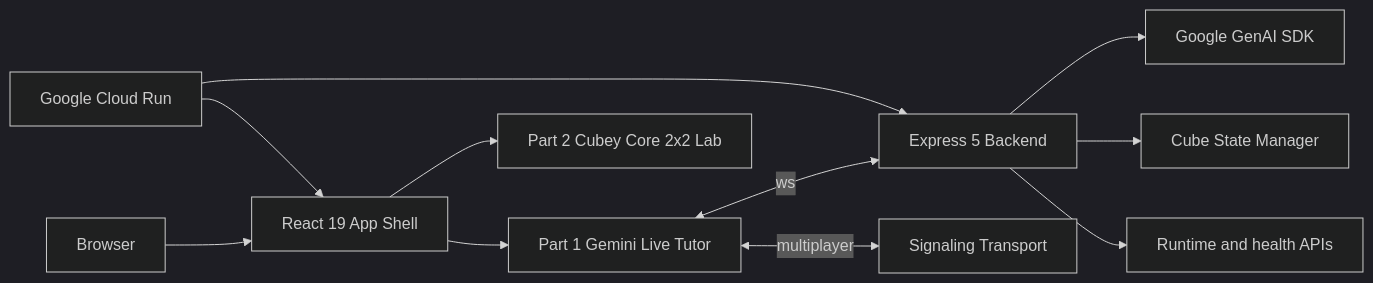
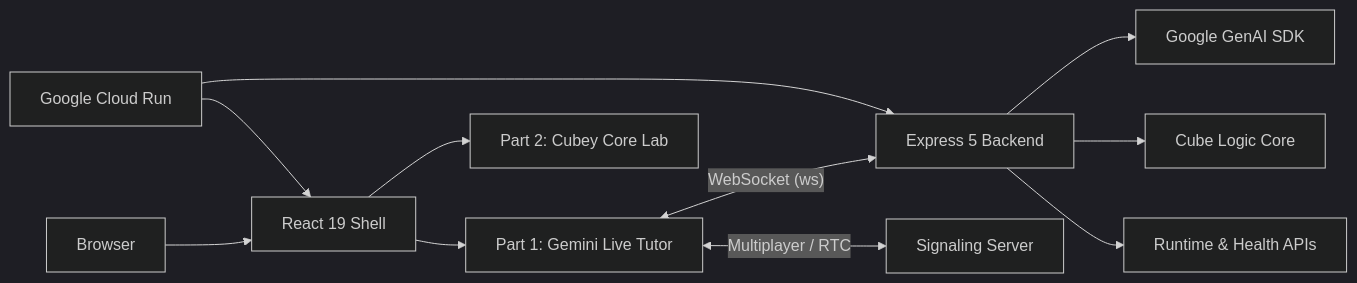
One commit to mangeshraut712/ai-rubiks-cube changed the diagram in README.md. Above: the diagram before and after it, drawn with Mermaid (dark theme). The commit also changed other lines of this file, not shown here.

````diff
--- a/README.md
+++ b/README.md
@@ -145,13 +43,13 @@
 ```mermaid
 flowchart LR
-  A[Browser] --> B[React 19 App Shell]
-  B --> C[Part 1 Gemini Live Tutor]
-  B --> D[Part 2 Cubey Core 2x2 Lab]
-  C <-->|ws| E[Express 5 Backend]
-  C <-->|multiplayer| F[Signaling Transport]
-  E --> G[Google GenAI SDK]
-  E --> H[Cube State Manager]
-  E --> I[Runtime and health APIs]
-  J[Google Cloud Run] --> E
-  J --> B
+    A["Browser"] --> B["React 19 Shell"]
+    B --> C["Part 1: Gemini Live Tutor"]
+    B --> D["Part 2: Cubey Core Lab"]
+    C <-->|"WebSocket (ws)"| E["Express 5 Backend"]
+    C <-->|"Multiplayer / RTC"| F["Signaling Server"]
+    E --> G["Google GenAI SDK"]
+    E --> H["Cube Logic Core"]
+    E --> I["Runtime & Health APIs"]
+    J["Google Cloud Run"] --> E
+    J --> B
 ```
````
